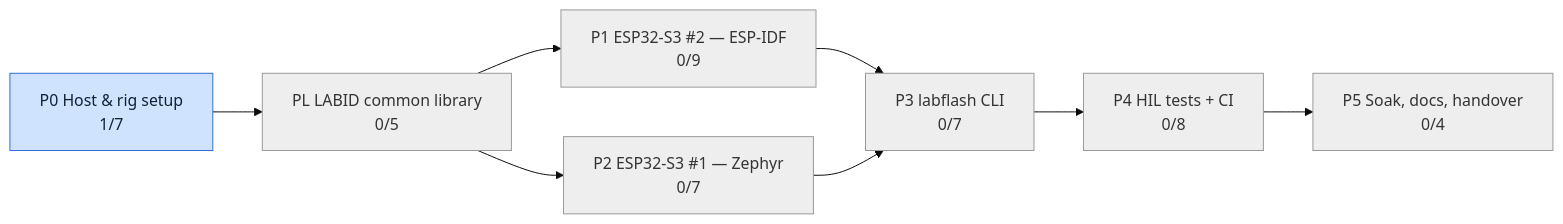
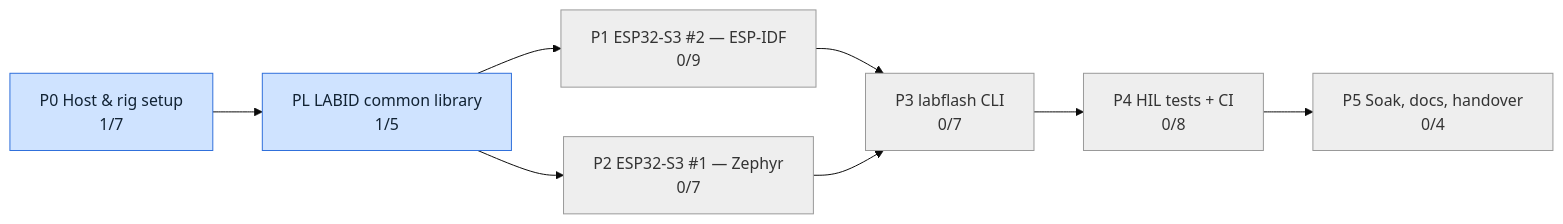
The second of 3 diagrams in tickets/TICKETS.md (mohamed-soubhi/bootlab-esp), drawn with Mermaid (base theme) before and after one commit. The commit also changed other lines of this file and 3 other files, not shown here.

````diff
--- a/tickets/TICKETS.md
+++ b/tickets/TICKETS.md
@@ -30,21 +31,21 @@
 ```mermaid
 flowchart LR
     E0["P0 Host & rig setup<br/>1/7"]:::doing
-    EL["PL LABID common library<br/>0/5"]:::todo
+    EL["PL LABID common library<br/>1/5"]:::doing
     E1["P1 ESP32-S3 #2 — ESP-IDF<br/>0/9"]:::todo
     E2["P2 ESP32-S3 #1 — Zephyr<br/>0/7"]:::todo
     E3["P3 labflash CLI<br/>0/7"]:::todo
     E4["P4 HIL tests + CI<br/>0/8"]:::todo
     E5["P5 Soak, docs, handover<br/>0/4"]:::todo
     E0 --> EL
     E1 --> E3
     E2 --> E3
     E3 --> E4
     E4 --> E5
     EL --> E1
     EL --> E2
     classDef todo fill:#eeeeee,stroke:#999,color:#333
     classDef doing fill:#cfe3ff,stroke:#2f6fdb,color:#123
     classDef blocked fill:#ffd6d6,stroke:#c62828,color:#400
     classDef done fill:#d4f5d4,stroke:#2e7d32,color:#132
 ```
````
